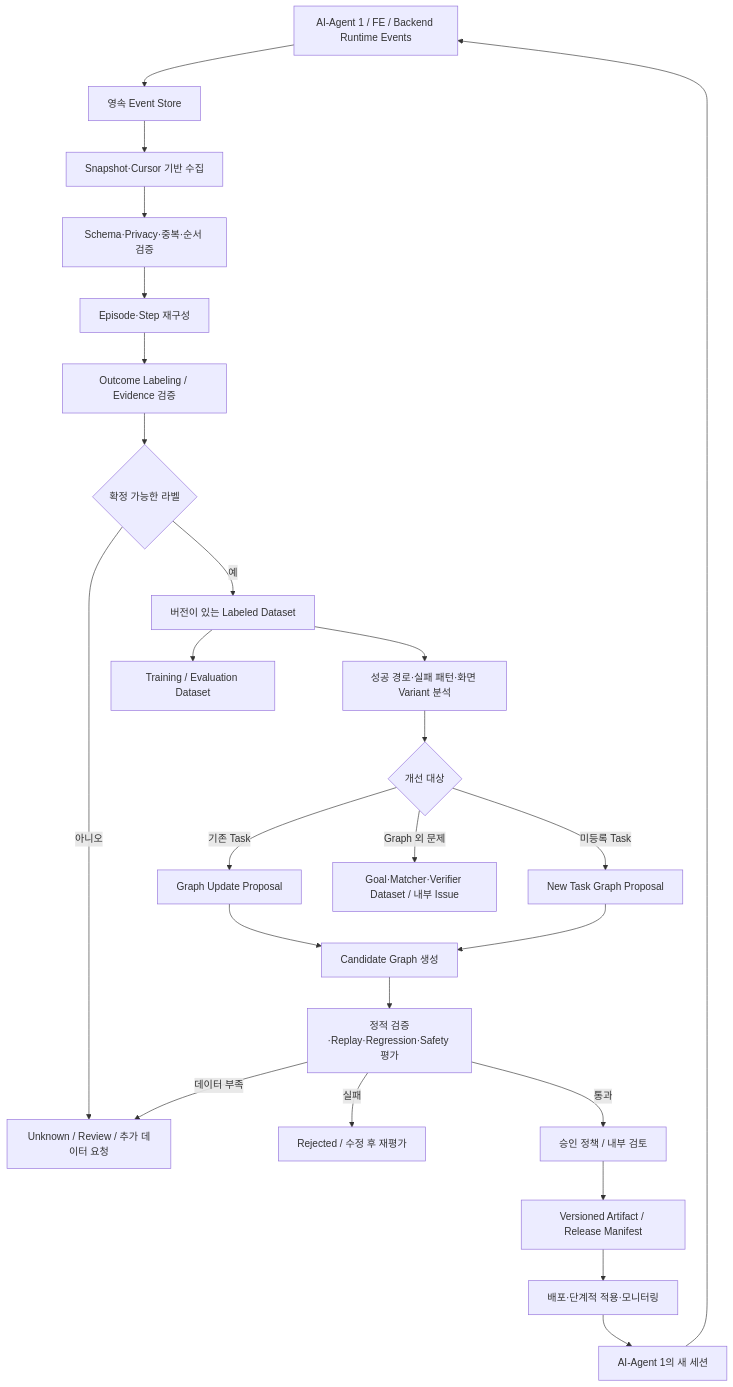
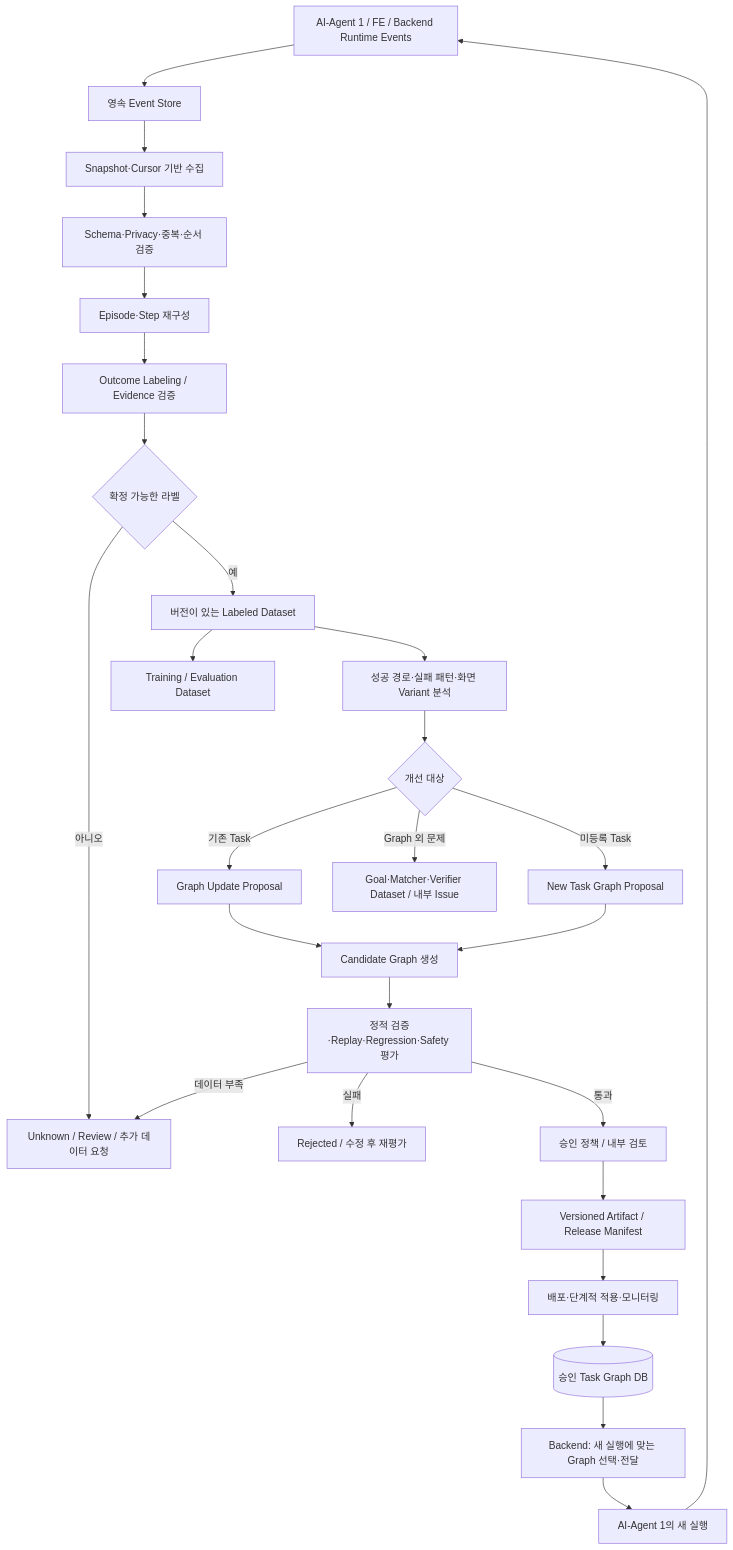
Before and after one commit to Bae-iri/Click: the diagram in docs/ai-agent-2-graph-proposal.md, drawn with Mermaid. The commit also changed other lines of this file and 23 other files, not shown here.

Commit message:
docs: move task graph selection to backend and define runtime handoff

````diff
--- a/docs/ai-agent-2-graph-proposal.md
+++ b/docs/ai-agent-2-graph-proposal.md
@@ -65,27 +67,29 @@
 ```mermaid
 flowchart TD
     A[AI-Agent 1 / FE / Backend Runtime Events] --> B[영속 Event Store]
     B --> C[Snapshot·Cursor 기반 수집]
     C --> D[Schema·Privacy·중복·순서 검증]
     D --> E[Episode·Step 재구성]
     E --> F[Outcome Labeling / Evidence 검증]
     F --> G{확정 가능한 라벨}
     G -->|아니오| H[Unknown / Review / 추가 데이터 요청]
     G -->|예| I[버전이 있는 Labeled Dataset]
     I --> J[성공 경로·실패 패턴·화면 Variant 분석]
     J --> K{개선 대상}
     K -->|기존 Task| L[Graph Update Proposal]
     K -->|미등록 Task| M[New Task Graph Proposal]
     K -->|Graph 외 문제| N[Goal·Matcher·Verifier Dataset / 내부 Issue]
     L --> O[Candidate Graph 생성]
     M --> O
     O --> P[정적 검증·Replay·Regression·Safety 평가]
     P -->|데이터 부족| H
     P -->|실패| Q[Rejected / 수정 후 재평가]
     P -->|통과| R[승인 정책 / 내부 검토]
     R --> S[Versioned Artifact / Release Manifest]
     S --> T[배포·단계적 적용·모니터링]
-    T --> U[AI-Agent 1의 새 세션]
+    T --> DB[(승인 Task Graph DB)]
+    DB --> SELECT[Backend: 새 실행에 맞는 Graph 선택·전달]
+    SELECT --> U[AI-Agent 1의 새 실행]
     U --> A
     I --> V[Training / Evaluation Dataset]
 ```
````
